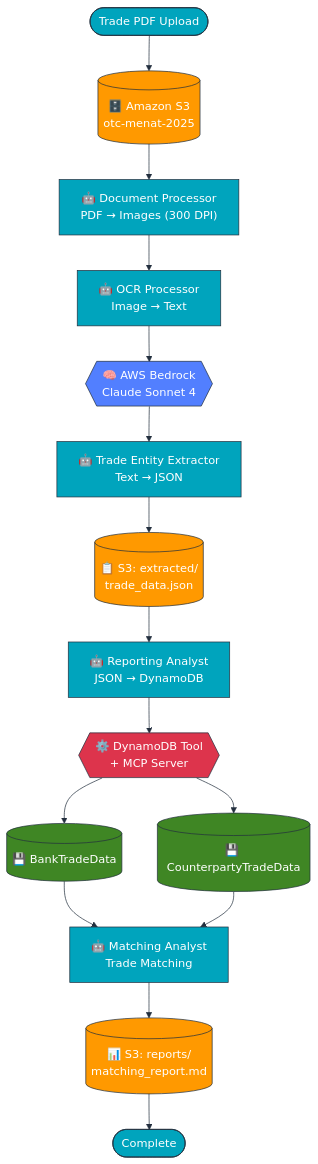
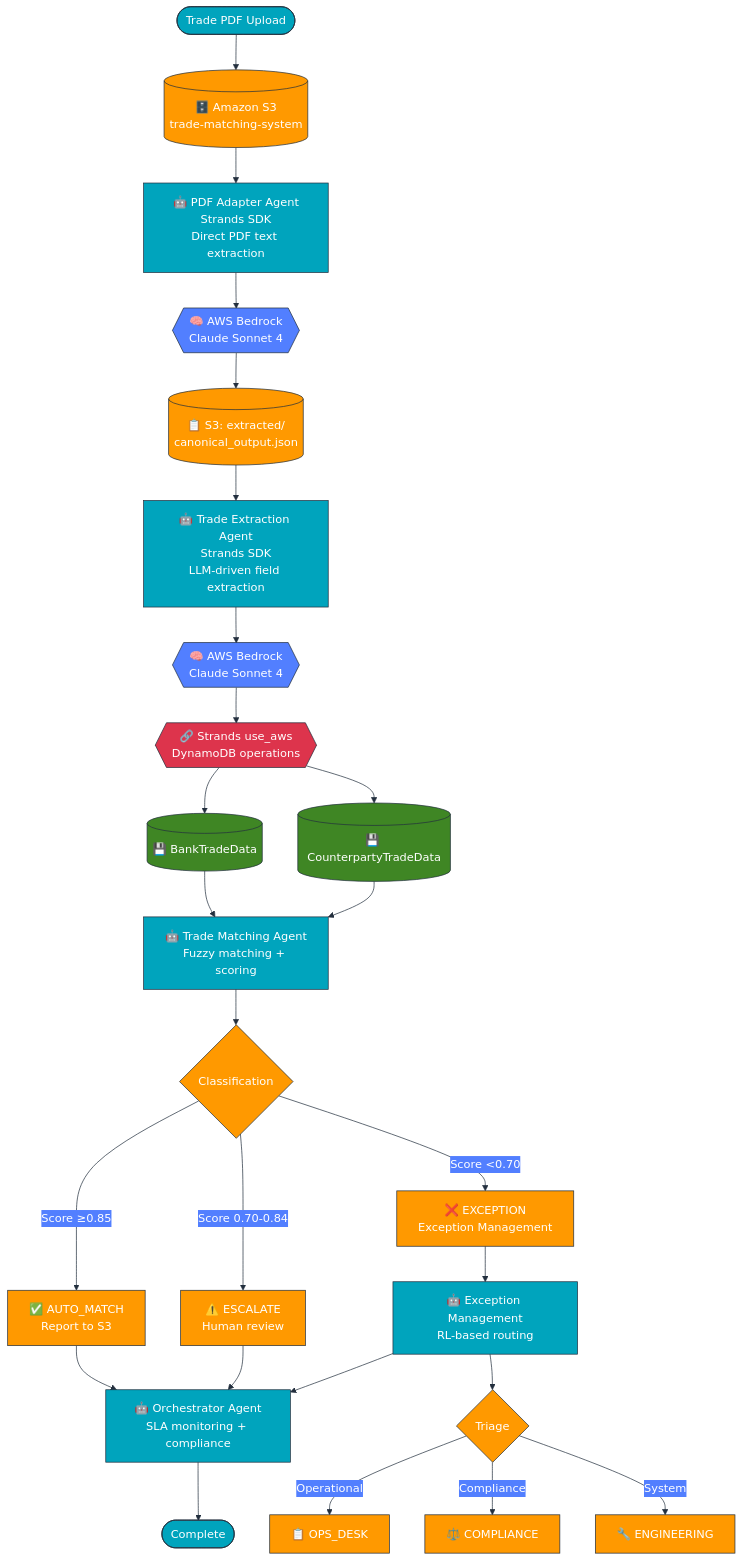
Before and after one commit to koushal2018/ai-trade-matching-system: the diagram in docs/architecture-simplified.mmd, drawn with Mermaid. The commit also changed 59 other files, not shown here.

```diff
--- a/docs/architecture-simplified.mmd
+++ b/docs/architecture-simplified.mmd
@@ -1,42 +1,55 @@
 %%{init: {'theme':'base', 'themeVariables': { 'primaryColor':'#FF9900','primaryTextColor':'#fff','primaryBorderColor':'#232F3E','lineColor':'#232F3E','secondaryColor':'#527FFF','tertiaryColor':'#3F8624'}}}%%
 flowchart TD
     Start([Trade PDF Upload]) --> S3
 
-    S3[("🗄️ Amazon S3<br/>otc-menat-2025")] --> Agent1
+    S3[("🗄️ Amazon S3<br/>trade-matching-system")] --> Agent1
 
-    Agent1["🤖 Document Processor<br/>PDF → Images (300 DPI)"] --> Agent2
+    Agent1["🤖 PDF Adapter Agent<br/>Strands SDK<br/>Direct PDF text extraction"] --> Bedrock1{{"🧠 AWS Bedrock<br/>Claude Sonnet 4"}}
 
-    Agent2["🤖 OCR Processor<br/>Image → Text"] --> Bedrock1{{"🧠 AWS Bedrock<br/>Claude Sonnet 4"}}
+    Bedrock1 --> Canonical[("📋 S3: extracted/<br/>canonical_output.json")]
 
-    Bedrock1 --> Agent3["🤖 Trade Entity Extractor<br/>Text → JSON"]
+    Canonical --> Agent2["🤖 Trade Extraction Agent<br/>Strands SDK<br/>LLM-driven field extraction"]
 
-    Agent3 --> S3_JSON[("📋 S3: extracted/<br/>trade_data.json")]
+    Agent2 --> Bedrock2{{"🧠 AWS Bedrock<br/>Claude Sonnet 4"}}
 
-    S3_JSON --> Agent4["🤖 Reporting Analyst<br/>JSON → DynamoDB"]
+    Bedrock2 --> Strands{{"🔗 Strands use_aws<br/>DynamoDB operations"}}
 
-    Agent4 --> DDB_Tool{{"⚙️ DynamoDB Tool<br/>+ MCP Server"}}
+    Strands --> DDB_Bank[("💾 BankTradeData")]
+    Strands --> DDB_CP[("💾 CounterpartyTradeData")]
 
-    DDB_Tool --> DDB_Bank[("💾 BankTradeData")]
-    DDB_Tool --> DDB_CP[("💾 CounterpartyTradeData")]
+    DDB_Bank --> Agent3["🤖 Trade Matching Agent<br/>Fuzzy matching + scoring"]
+    DDB_CP --> Agent3
 
-    DDB_Bank --> Agent5["🤖 Matching Analyst<br/>Trade Matching"]
-    DDB_CP --> Agent5
+    Agent3 --> Decision{Classification}
 
-    Agent5 --> Report[("📊 S3: reports/<br/>matching_report.md")]
+    Decision -->|Score ≥0.85| AutoMatch["✅ AUTO_MATCH<br/>Report to S3"]
+    Decision -->|Score 0.70-0.84| HITL["⚠️ ESCALATE<br/>Human review"]
+    Decision -->|Score <0.70| Exception["❌ EXCEPTION<br/>Exception Management"]
 
-    Report --> End([Complete])
+    Exception --> Agent4["🤖 Exception Management<br/>RL-based routing"]
+
+    Agent4 --> Triage{Triage}
+    Triage -->|Operational| OpsDesk["📋 OPS_DESK"]
+    Triage -->|Compliance| Compliance["⚖️ COMPLIANCE"]
+    Triage -->|System| Engineering["🔧 ENGINEERING"]
+
+    AutoMatch --> Monitor
+    HITL --> Monitor
+    Agent4 --> Monitor
+
+    Monitor["🤖 Orchestrator Agent<br/>SLA monitoring + compliance"] --> End([Complete])
 
     style Start fill:#00A4BD,stroke:#232F3E,color:#fff
     style End fill:#00A4BD,stroke:#232F3E,color:#fff
     style S3 fill:#FF9900,stroke:#232F3E,color:#fff
-    style S3_JSON fill:#FF9900,stroke:#232F3E,color:#fff
-    style Report fill:#FF9900,stroke:#232F3E,color:#fff
+    style Canonical fill:#FF9900,stroke:#232F3E,color:#fff
     style Agent1 fill:#00A4BD,stroke:#232F3E,color:#fff
     style Agent2 fill:#00A4BD,stroke:#232F3E,color:#fff
     style Agent3 fill:#00A4BD,stroke:#232F3E,color:#fff
     style Agent4 fill:#00A4BD,stroke:#232F3E,color:#fff
-    style Agent5 fill:#00A4BD,stroke:#232F3E,color:#fff
+    style Monitor fill:#00A4BD,stroke:#232F3E,color:#fff
     style Bedrock1 fill:#527FFF,stroke:#232F3E,color:#fff
-    style DDB_Tool fill:#DD344C,stroke:#232F3E,color:#fff
+    style Bedrock2 fill:#527FFF,stroke:#232F3E,color:#fff
+    style Strands fill:#DD344C,stroke:#232F3E,color:#fff
     style DDB_Bank fill:#3F8624,stroke:#232F3E,color:#fff
     style DDB_CP fill:#3F8624,stroke:#232F3E,color:#fff
```
